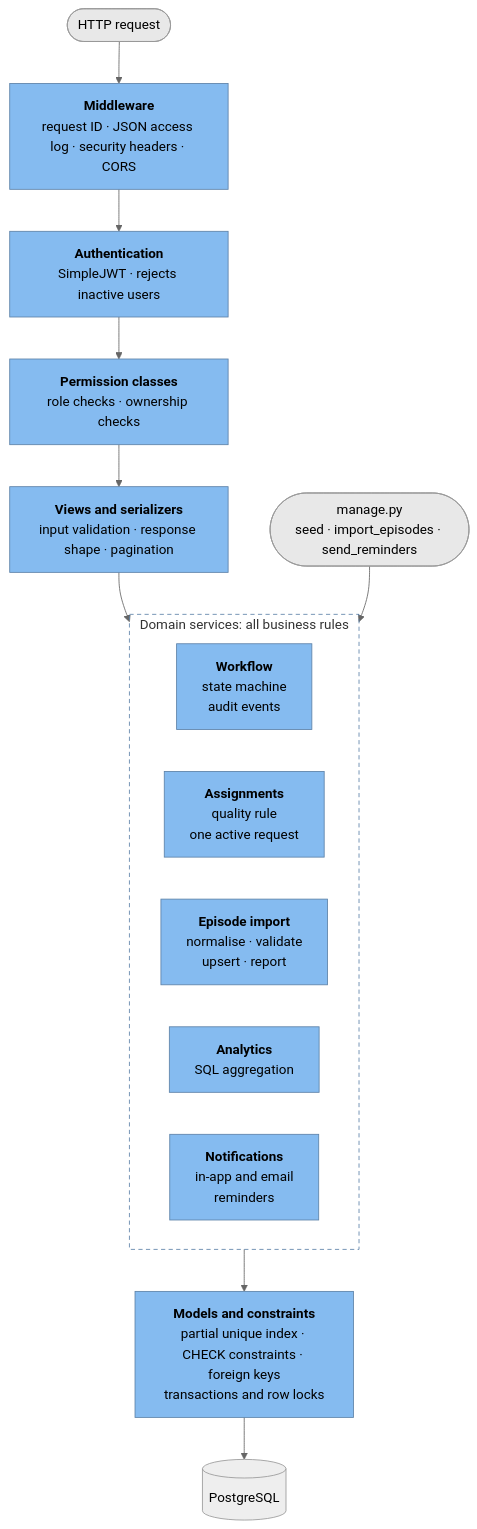
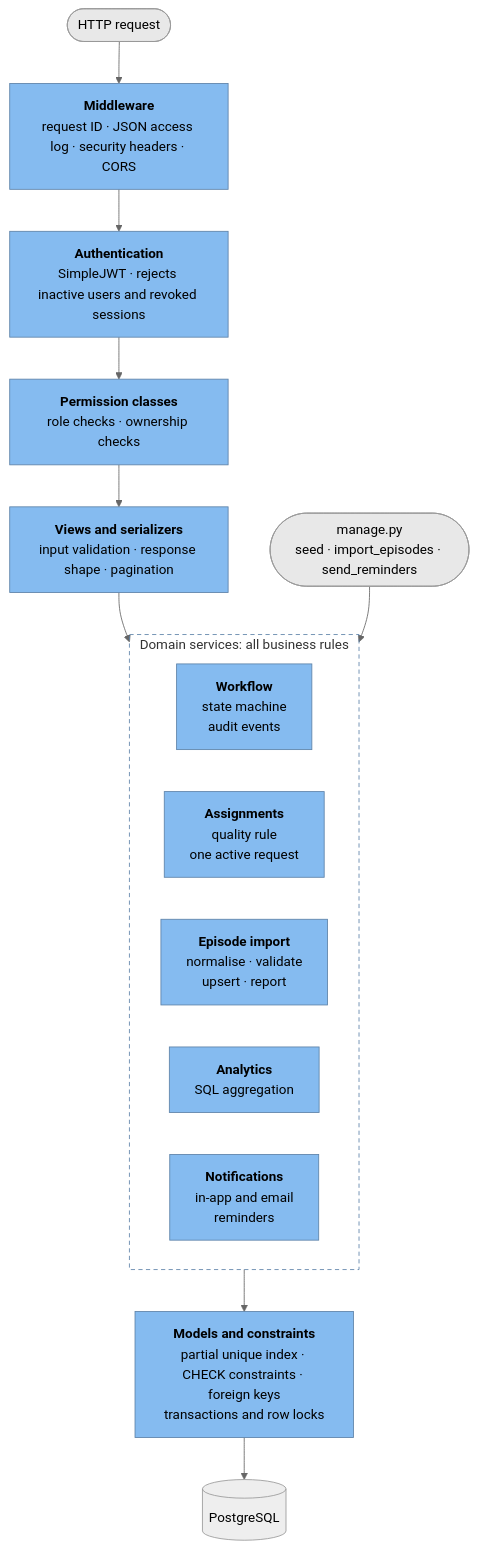
The third of 8 diagrams in docs/architecture.md (Michelle-anyika/dataset-request-desk), drawn with Mermaid (neutral theme) before and after one commit. The commit also changed other lines of this file and 1 other file, not shown here.

Commit message:
docs: add session revocation to the data model and architecture

````diff
--- a/docs/architecture.md
+++ b/docs/architecture.md
@@ -98,28 +99,28 @@
 ```mermaid
 flowchart TB
     http(["HTTP request"]) --> mw
     mw["<b>Middleware</b><br/>request ID · JSON access log · security headers · CORS"]
-    mw --> authn["<b>Authentication</b><br/>SimpleJWT · rejects inactive users"]
+    mw --> authn["<b>Authentication</b><br/>SimpleJWT · rejects inactive users and revoked sessions"]
     authn --> perms["<b>Permission classes</b><br/>role checks · ownership checks"]
     perms --> views["<b>Views and serializers</b><br/>input validation · response shape · pagination"]
     views --> services
     cmd(["manage.py<br/>seed · import_episodes · send_reminders"]) --> services
 
     subgraph services["Domain services: all business rules"]
         direction LR
         workflow["<b>Workflow</b><br/>state machine<br/>audit events"]
         assign["<b>Assignments</b><br/>quality rule<br/>one active request"]
         importer["<b>Episode import</b><br/>normalise · validate<br/>upsert · report"]
         analytics["<b>Analytics</b><br/>SQL aggregation"]
         notify["<b>Notifications</b><br/>in-app and email<br/>reminders"]
     end
 
     services --> models["<b>Models and constraints</b><br/>partial unique index · CHECK constraints · foreign keys<br/>transactions and row locks"]
     models --> pg[("PostgreSQL")]
 
     classDef layer fill:#85bbf0,stroke:#5d82a8,color:#000
     classDef entry fill:#e8e8e8,stroke:#999,color:#000
     class mw,authn,perms,views,workflow,assign,importer,analytics,notify,models layer
     class http,cmd entry
     style services fill:transparent,stroke:#5d82a8,stroke-width:1px,stroke-dasharray:5 4
 ```
````
